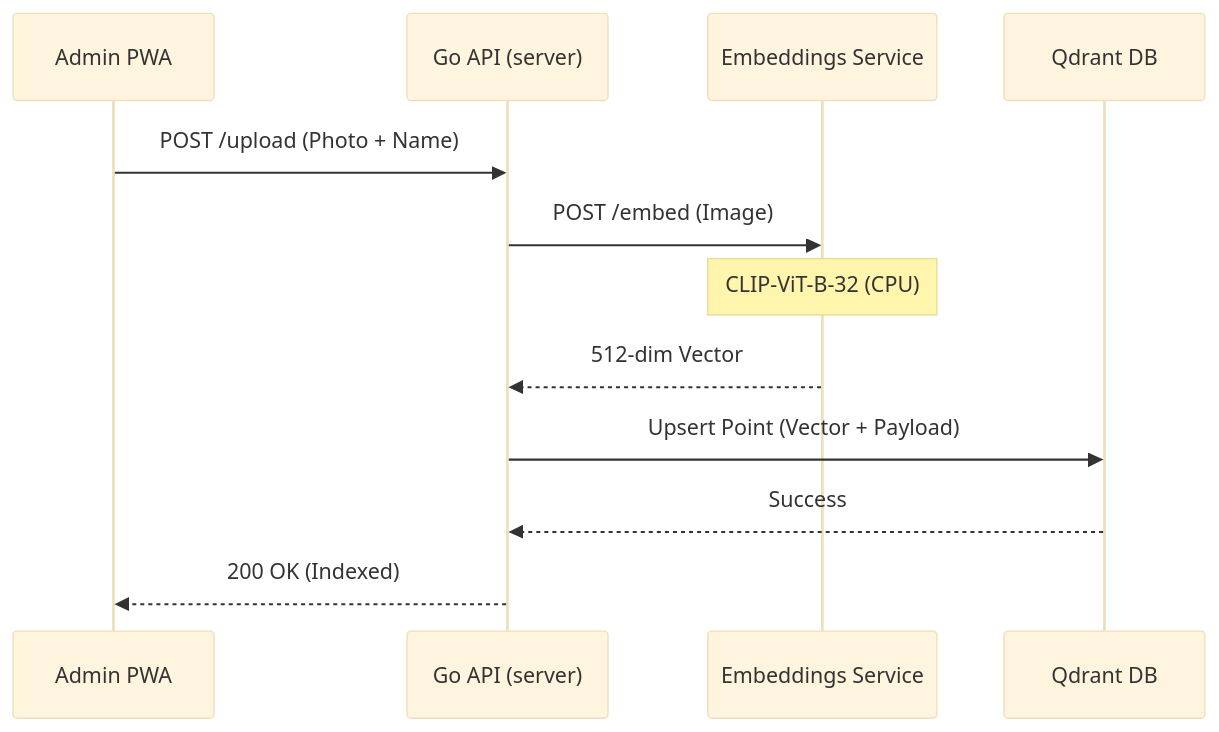
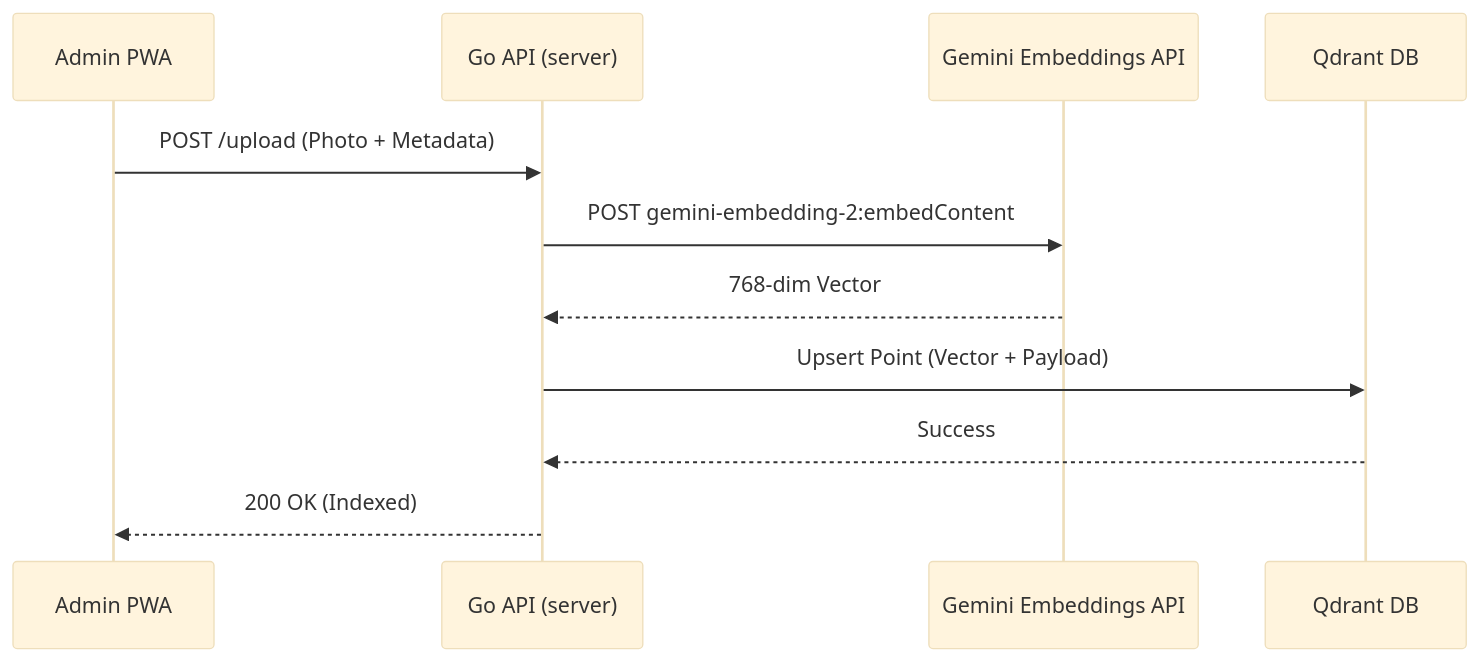
One commit to lupohirp/ShelfScan changed the first of 2 diagrams in docs/ARCHITECTURE.md. Above: the diagram before and after it, drawn with Mermaid (base theme). The commit also changed other lines of this file and 1 other file, not shown here.

Commit message:
docs: update README and ARCHITECTURE documentation to accurately reflect Gemini 3.6-flash, 768-dim embeddings, 2-step verification, and ports

````diff
--- a/docs/ARCHITECTURE.md
+++ b/docs/ARCHITECTURE.md
@@ -8,15 +8,14 @@
 ```mermaid
 sequenceDiagram
     participant Admin as Admin PWA
     participant API as Go API (server)
-    participant ML as Embeddings Service
+    participant Gemini as Gemini Embeddings API
     participant Qdrant as Qdrant DB
 
-    Admin->>API: POST /upload (Photo + Name)
-    API->>ML: POST /embed (Image)
-    Note over ML: CLIP-ViT-B-32 (CPU)
-    ML-->>API: 512-dim Vector
+    Admin->>API: POST /upload (Photo + Metadata)
+    API->>Gemini: POST gemini-embedding-2:embedContent
+    Gemini-->>API: 768-dim Vector
     API->>Qdrant: Upsert Point (Vector + Payload)
     Qdrant-->>API: Success
     API-->>Admin: 200 OK (Indexed)
 ```
````
